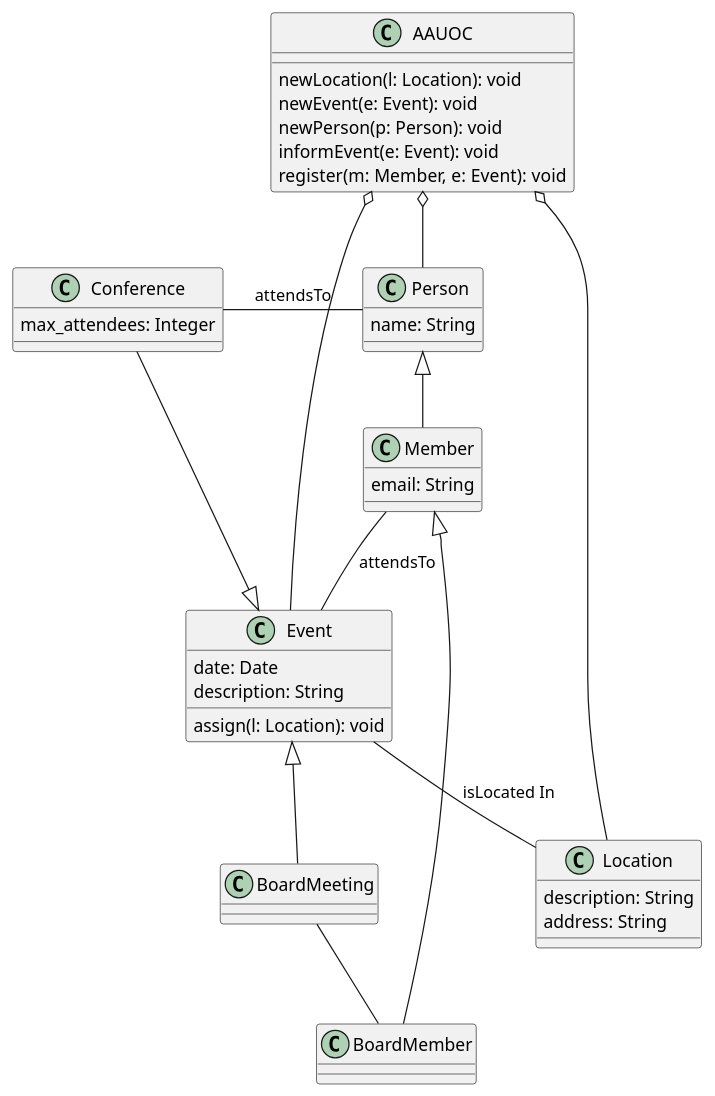
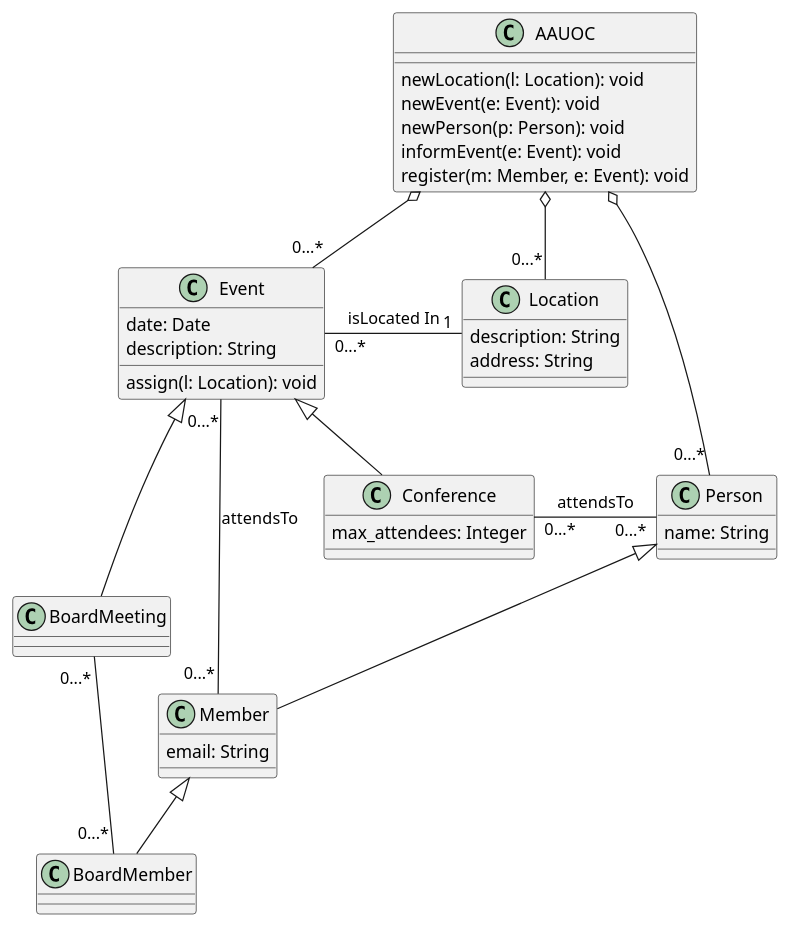
One commit to Nessie04/UMLInesLlopis changed the diagram in Practica11.puml. Above: the diagram before and after it, drawn with PlantUML.

Commit message:
establecemos las cardinalidades

```diff
--- a/Practica11.puml
+++ b/Practica11.puml
@@ -1,49 +1,49 @@
 @startuml
 Class Member{
                  {field} email: String
                  }
 Class BoardMember{
                  }
 Class Event{
            {field} date: Date
            {field} description: String
            {method} assign(l: Location): void
            }
 Class Conference{
                 {field} max_attendees: Integer
                 }
 Class BoardMeeting{
                   }
 Class Location{
               {field} description: String
               {field} address: String
               }
 Class Person{
             {field} name: String
             }
 Class AAUOC{
            {method} newLocation(l: Location): void
            {method} newEvent(e: Event): void
            {method} newPerson(p: Person): void
            {method} informEvent(e: Event): void
            {method} register(m: Member, e: Event): void
            }
 
-AAUOC o-- Location
-AAUOC o-- Event
-AAUOC o-- Person
+AAUOC o-- "0...*" Location
+AAUOC o-- "0...*" Event
+AAUOC o-- "0...*" Person
 
-Event -- Location : isLocated In
+Event "0...*" - "1" Location : isLocated In
 
 Event <|-- BoardMeeting
 Event <|-- Conference
 
 Person <|-- Member
-Conference - Person : attendsTo
+Conference "0...*" - "0...*" Person : attendsTo
 
 Member <|-- BoardMember
-Member -- Event : attendsTo
+Member "0...*" - "0...*" Event : attendsTo
 
-BoardMeeting -- BoardMember
+BoardMeeting "0...*" - "0...*" BoardMember
 
 @enduml
```
